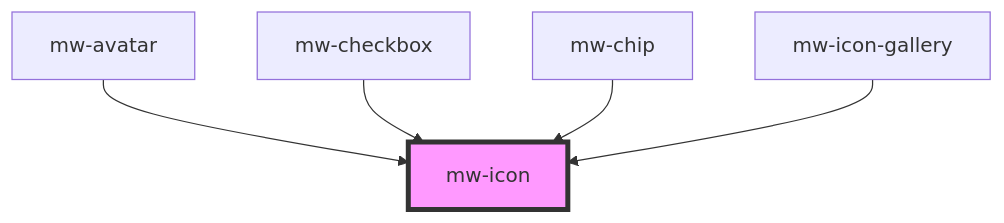
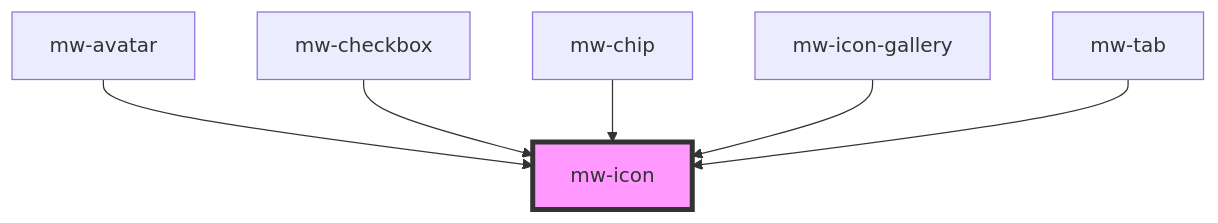
The diagram in tlm-stencil/src/components/mw-icon/readme.md (MaibornWolff/mwui), drawn with Mermaid before and after one commit. The commit also changed other lines of this file and 36 other files, not shown here.

````diff
--- a/tlm-stencil/src/components/mw-icon/readme.md
+++ b/tlm-stencil/src/components/mw-icon/readme.md
@@ -28,8 +29,9 @@
 ```mermaid
 graph TD;
   mw-avatar --> mw-icon
   mw-checkbox --> mw-icon
   mw-chip --> mw-icon
   mw-icon-gallery --> mw-icon
+  mw-tab --> mw-icon
   style mw-icon fill:#f9f,stroke:#333,stroke-width:4px
 ```
````
